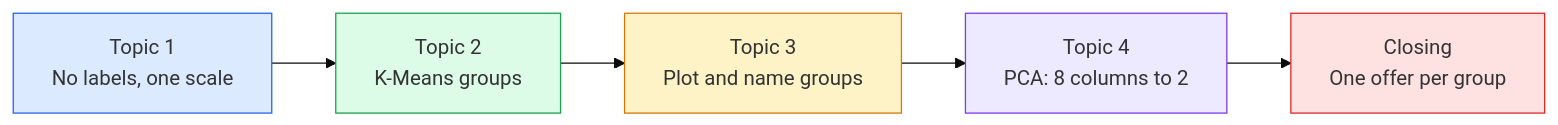
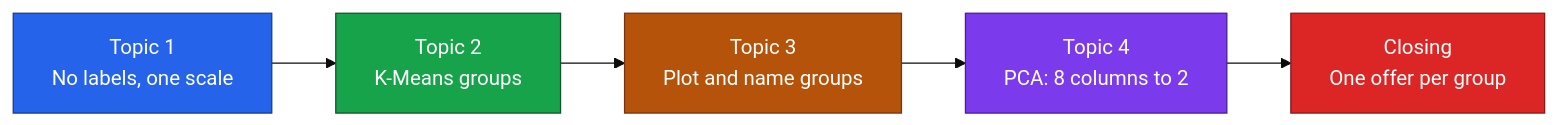
Before and after one commit to vinodjantikar-2026/vinod-jantikar-curriculum: the diagram in IITH-AIMLX-EN-II-2607/module-2-Core Machine Learning and Predictive Modeling/lecture-12.1-Unsupervised Learning - Clustering and Dimensionality Reduction/lecture-script.md, drawn with Mermaid (base theme). The commit also changed other lines of this file and 5 other files, not shown here.

Commit message:
Use white text in Mermaid flows and simplify 12.1 script language

````diff
--- a/IITH-AIMLX-EN-II-2607/module-2-Core Machine Learning and Predictive Modeling/lecture-12.1-Unsupervised Learning - Clustering and Dimensionality Reduction/lecture-script.md
+++ b/IITH-AIMLX-EN-II-2607/module-2-Core Machine Learning and Predictive Modeling/lecture-12.1-Unsupervised Learning - Clustering and Dimensionality Reduction/lecture-script.md
@@ -61,12 +61,12 @@
 ```mermaid
 flowchart LR
     A["Topic 1<br>No labels, one scale"] --> B["Topic 2<br>K-Means groups"]
     B --> C["Topic 3<br>Plot and name groups"]
     C --> D["Topic 4<br>PCA: 8 columns to 2"]
     D --> E["Closing<br>One offer per group"]
-    style A fill:#dbeafe,stroke:#2563eb
-    style B fill:#dcfce7,stroke:#16a34a
-    style C fill:#fef3c7,stroke:#d97706
-    style D fill:#ede9fe,stroke:#7c3aed
-    style E fill:#fee2e2,stroke:#dc2626
+    style A fill:#2563eb,stroke:#1e3a8a,color:#ffffff
+    style B fill:#16a34a,stroke:#14532d,color:#ffffff
+    style C fill:#b45309,stroke:#78350f,color:#ffffff
+    style D fill:#7c3aed,stroke:#4c1d95,color:#ffffff
+    style E fill:#dc2626,stroke:#7f1d1d,color:#ffffff
 ```
````
